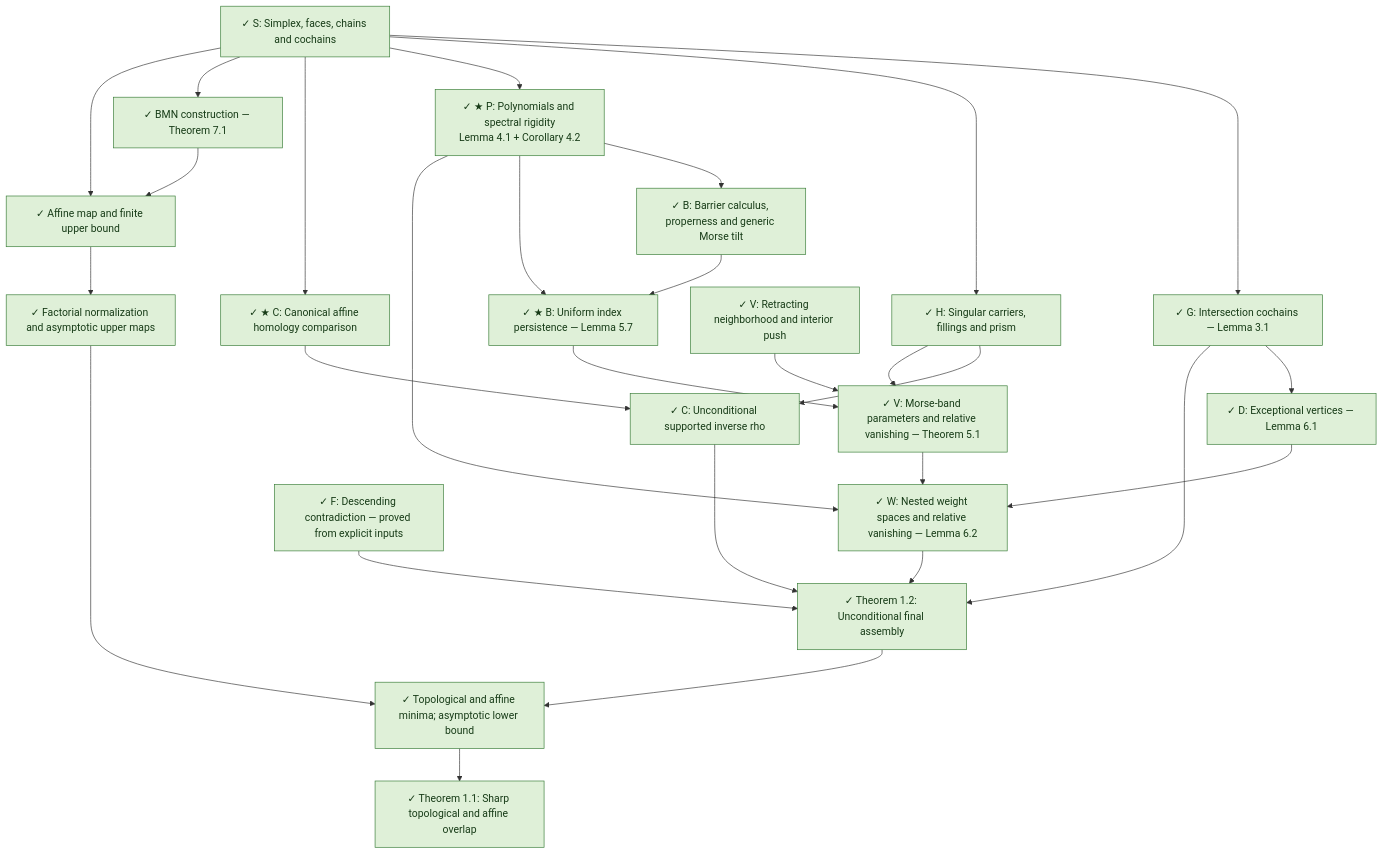
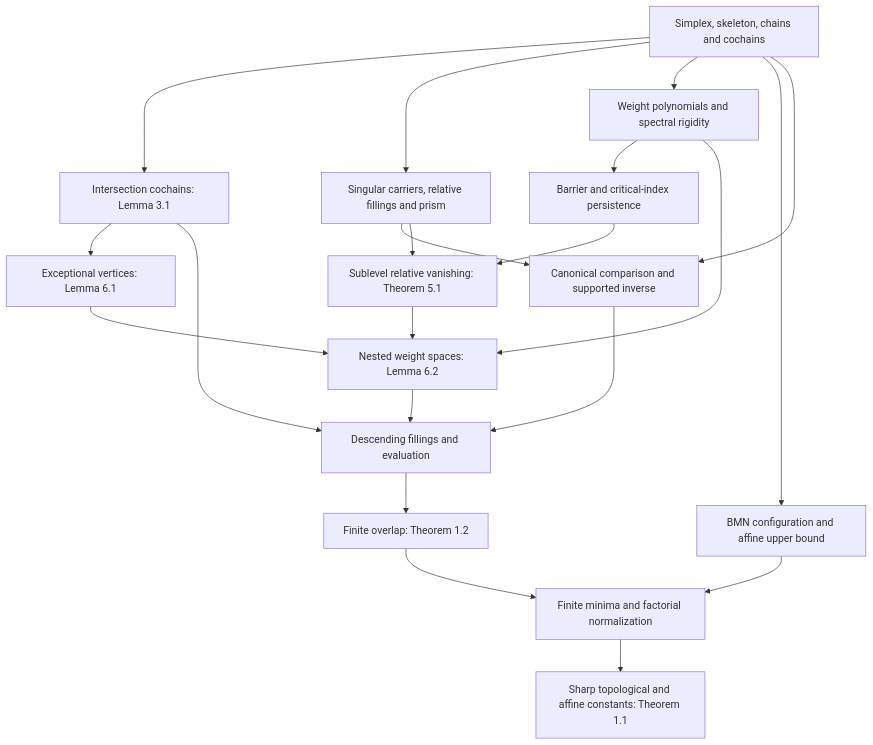
The diagram in docs/blueprint.md (snorin239/SharpTopologicalOverlap), drawn with Mermaid before and after one commit. The commit also changed other lines of this file and 13 other files, not shown here.

Commit message:
Extend sharp overlap formalization to dimension one

````diff
--- a/docs/blueprint.md
+++ b/docs/blueprint.md
@@ -58,53 +39,37 @@
 ```mermaid
 flowchart TD
-  S["✓ S: Simplex, faces, chains and cochains"]:::done
-  G["✓ G: Intersection cochains — Lemma 3.1"]:::done
-  H["✓ H: Singular carriers, fillings and prism"]:::done
-  P["✓ ★ P: Polynomials and spectral rigidity<br/>Lemma 4.1 + Corollary 4.2"]:::done
-  D["✓ D: Exceptional vertices — Lemma 6.1"]:::done
-  C0["✓ ★ C: Canonical affine homology comparison"]:::done
-  C1["✓ C: Unconditional supported inverse rho"]:::done
-  B0["✓ B: Barrier calculus, properness and generic Morse tilt"]:::done
-  B1["✓ ★ B: Uniform index persistence — Lemma 5.7"]:::done
-  V0["✓ V: Retracting neighborhood and interior push"]:::done
-  V1["✓ V: Morse-band parameters and relative vanishing — Theorem 5.1"]:::done
-  W["✓ W: Nested weight spaces and relative vanishing — Lemma 6.2"]:::done
-  F["✓ F: Descending contradiction — proved from explicit inputs"]:::done
-  T["✓ Theorem 1.2: Unconditional final assembly"]:::done
-  U["✓ BMN construction — Theorem 7.1"]:::done
-  A["✓ Affine map and finite upper bound"]:::done
-  N0["✓ Factorial normalization and asymptotic upper maps"]:::done
-  N["✓ Topological and affine minima; asymptotic lower bound"]:::done
-  T1["✓ Theorem 1.1: Sharp topological and affine overlap"]:::done
+  S["Simplex, skeleton, chains and cochains"]
+  G["Intersection cochains: Lemma 3.1"]
+  H["Singular carriers, relative fillings and prism"]
+  C["Canonical comparison and supported inverse"]
+  P["Weight polynomials and spectral rigidity"]
+  B["Barrier and critical-index persistence"]
+  V["Sublevel relative vanishing: Theorem 5.1"]
+  D["Exceptional vertices: Lemma 6.1"]
+  W["Nested weight spaces: Lemma 6.2"]
+  F["Descending fillings and evaluation"]
+  T["Finite overlap: Theorem 1.2"]
+  U["BMN configuration and affine upper bound"]
+  N["Finite minima and factorial normalization"]
+  A["Sharp topological and affine constants: Theorem 1.1"]
   S --> G
   S --> H
   S --> P
-  S --> C0
+  S --> U
+  H --> C
+  S --> C
   G --> D
-  C0 --> C1
-  H --> C1
-  P --> B0
-  B0 --> B1
-  P --> B1
-  B1 --> V1
-  V0 --> V1
-  H --> V1
+  P --> B
+  B --> V
+  H --> V
   D --> W
+  V --> W
   P --> W
-  V1 --> W
-  C1 --> T
-  W --> T
+  W --> F
+  C --> F
+  G --> F
   F --> T
-  G --> T
-  S --> U
-  S --> A
-  U --> A
-  A --> N0
-  N0 --> N
   T --> N
-  N --> T1
-  classDef done fill:#dff0d8,stroke:#367b35,color:#173b17
-  classDef working fill:#fff2cc,stroke:#ad8700,color:#4b3900
-  classDef hard fill:#f8d7da,stroke:#b02a37,color:#641820
-  classDef pending fill:#eeeeee,stroke:#777777,color:#333333
+  U --> N
+  N --> A
 ```
````
